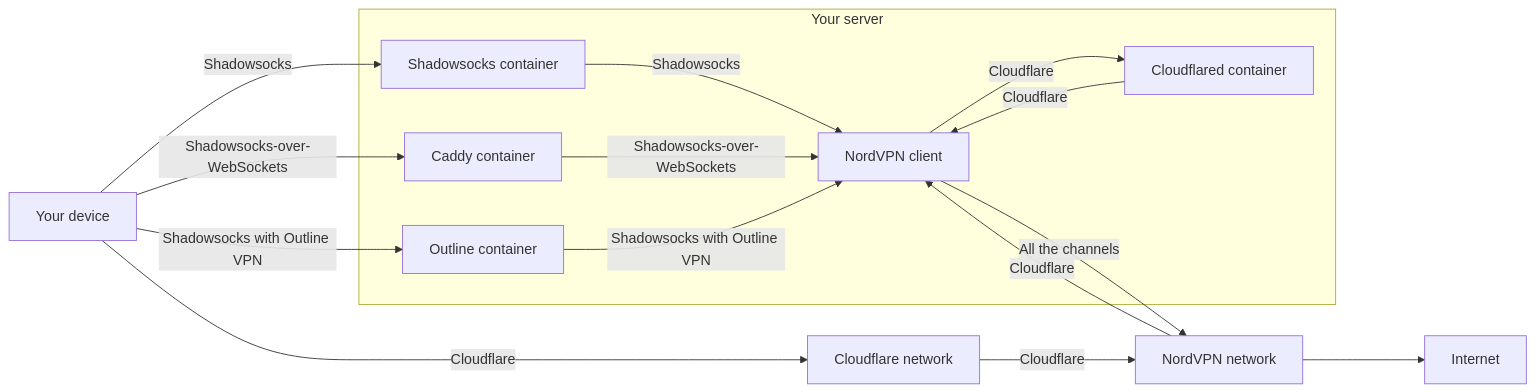
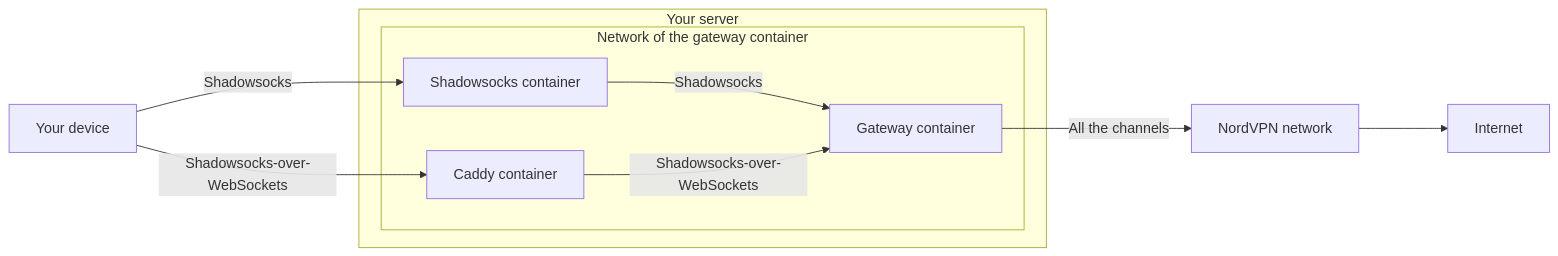
One commit to give-me/vpn changed the diagram in README.md. Above: the diagram before and after it, drawn with Mermaid. The commit also changed other lines of this file, not shown here.

````diff
--- a/README.md
+++ b/README.md
@@ -73,22 +75,18 @@
 ```mermaid
 flowchart LR
-    Y --Shadowsocks-->                   SS --Shadowsocks-->                                      VC
-    Y --Shadowsocks-over-WebSockets-->   WS --Shadowsocks-over-WebSockets-->                      VC
-    Y --Shadowsocks with Outline VPN-->  SO --Shadowsocks with Outline VPN-->                     VC
-    Y --Cloudflare--> CN --Cloudflare--> VN --Cloudflare--> VC --Cloudflare--> CC --Cloudflare--> VC
+    Y --Shadowsocks-->                 SS --Shadowsocks-->                 VC
+    Y --Shadowsocks-over-WebSockets--> WS --Shadowsocks-over-WebSockets--> VC
+    VC --All the channels--> VN ---> I
 
-    VC --All the channels--> VN ---> I
-    
     Y[Your device]
     VN[NordVPN network]
-    CN[Cloudflare network]
     I[Internet]
 
     subgraph Your server
-        SS[Shadowsocks container]
-        WS[Caddy container]
-        SO[Outline container]
-        CC[Cloudflared container]
-        VC[NordVPN client]
+        subgraph Network of the gateway container
+            SS[Shadowsocks container]
+            WS[Caddy container]
+            VC[Gateway container]
+        end
     end
 ```
````
